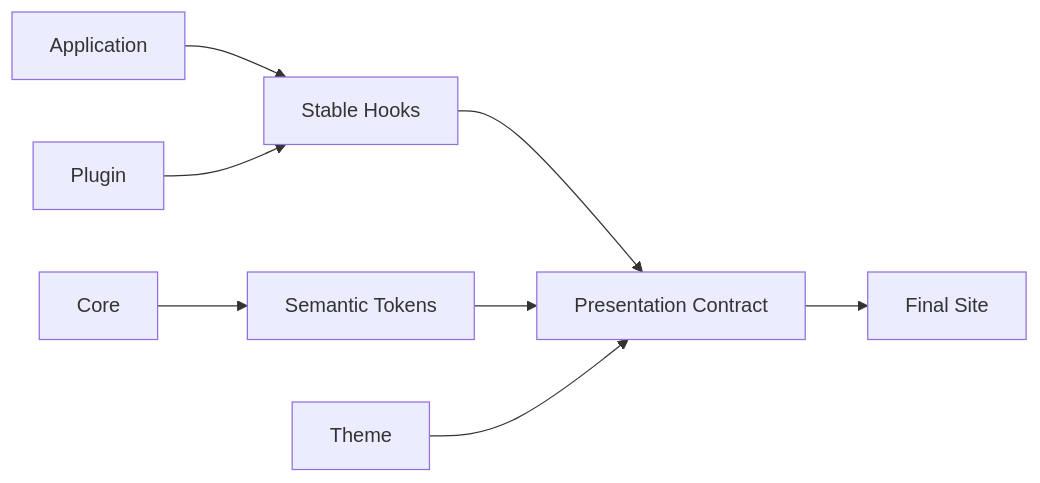
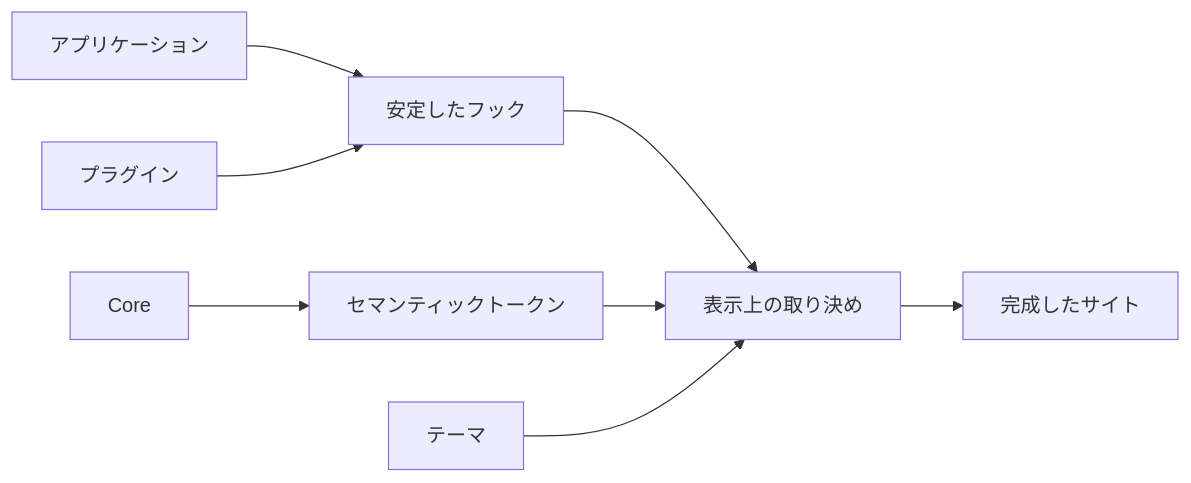
The second of 2 diagrams in docs/docs/framework/theme-system.ja.md (Rerurate514/riebeckite), drawn with Mermaid before and after one commit. The commit also changed other lines of this file and 310 other files, not shown here.

````diff
--- a/docs/docs/framework/theme-system.ja.md
+++ b/docs/docs/framework/theme-system.ja.md
@@ -265,17 +236,17 @@
 ```mermaid id="sdf2dm"
 flowchart LR
-    App["Application"]
-    Plugin["Plugin"]
+    App["アプリケーション"]
+    Plugin["プラグイン"]
 
-    App --> Hooks["Stable Hooks"]
+    App --> Hooks["安定したフック"]
     Plugin --> Hooks
 
-    Core["Core"] --> Tokens["Semantic Tokens"]
+    Core["Core"] --> Tokens["セマンティックトークン"]
 
-    Hooks --> Contract["Presentation Contract"]
+    Hooks --> Contract["表示上の取り決め"]
     Tokens --> Contract
 
-    Theme["Theme"] --> Contract
+    Theme["テーマ"] --> Contract
 
-    Contract --> Site["Final Site"]
+    Contract --> Site["完成したサイト"]
 ```
````
